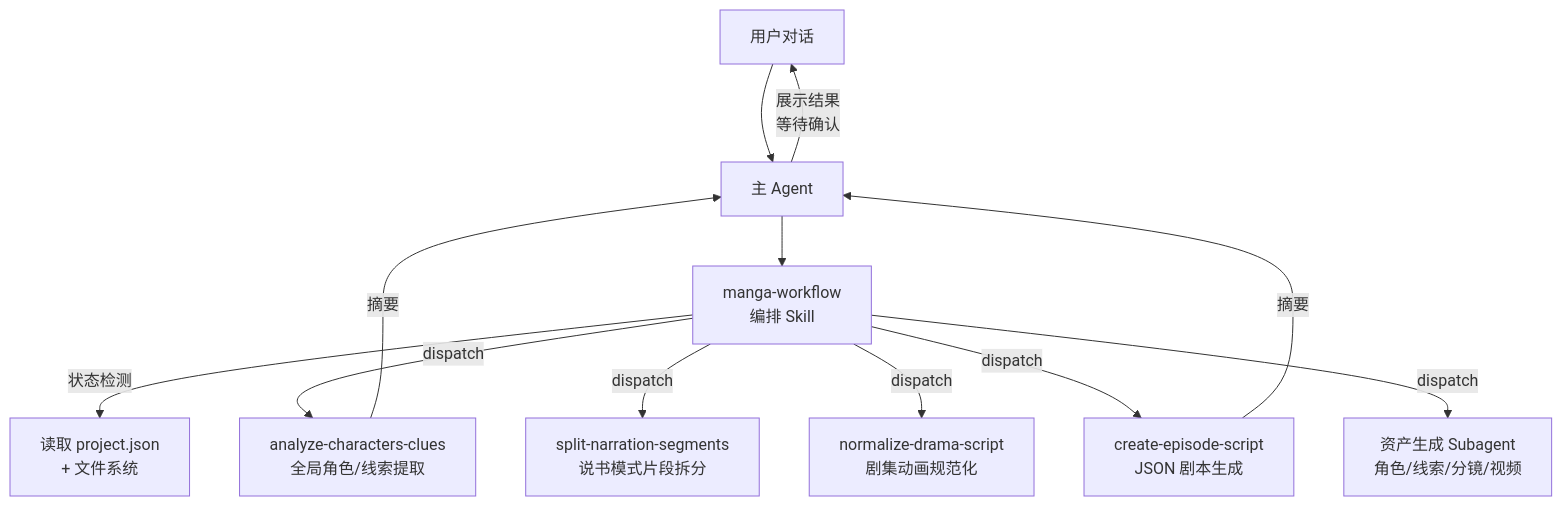
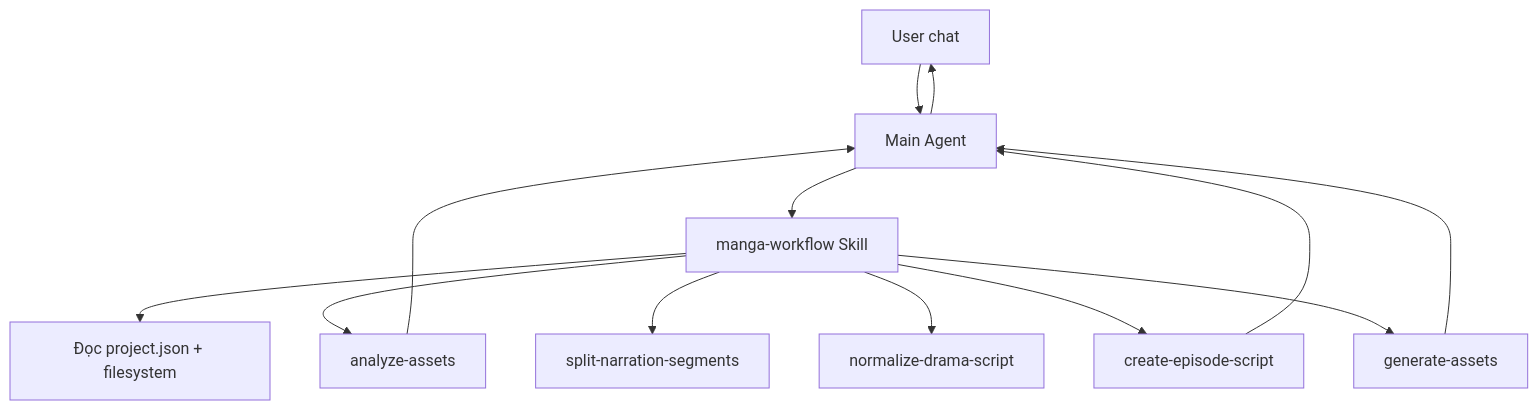
The second of 3 diagrams in README.md (phamminhkhanh/ArcReel), drawn with Mermaid before and after one commit. The commit also changed other lines of this file, not shown here.

````diff
--- a/README.md
+++ b/README.md
@@ -206,14 +269,15 @@
 ```mermaid
 flowchart TD
-    User["用户对话"] --> Main["主 Agent"]
-    Main --> MW["manga-workflow<br/>编排 Skill"]
-    MW -->|"状态检测"| PJ["读取 project.json<br/>+ 文件系统"]
-    MW -->|"dispatch"| SA1["analyze-characters-clues<br/>全局角色/线索提取"]
-    MW -->|"dispatch"| SA2["split-narration-segments<br/>说书模式片段拆分"]
-    MW -->|"dispatch"| SA3["normalize-drama-script<br/>剧集动画规范化"]
-    MW -->|"dispatch"| SA4["create-episode-script<br/>JSON 剧本生成"]
-    MW -->|"dispatch"| SA5["资产生成 Subagent<br/>角色/线索/分镜/视频"]
-    SA1 -->|"摘要"| Main
-    SA4 -->|"摘要"| Main
-    Main -->|"展示结果<br/>等待确认"| User
+    User[User chat] --> Main[Main Agent]
+    Main --> MW[manga-workflow Skill]
+    MW --> State[Đọc project.json + filesystem]
+    MW --> A1[analyze-assets]
+    MW --> A2[split-narration-segments]
+    MW --> A3[normalize-drama-script]
+    MW --> A4[create-episode-script]
+    MW --> A5[generate-assets]
+    A1 --> Main
+    A4 --> Main
+    A5 --> Main
+    Main --> User
 ```
````
